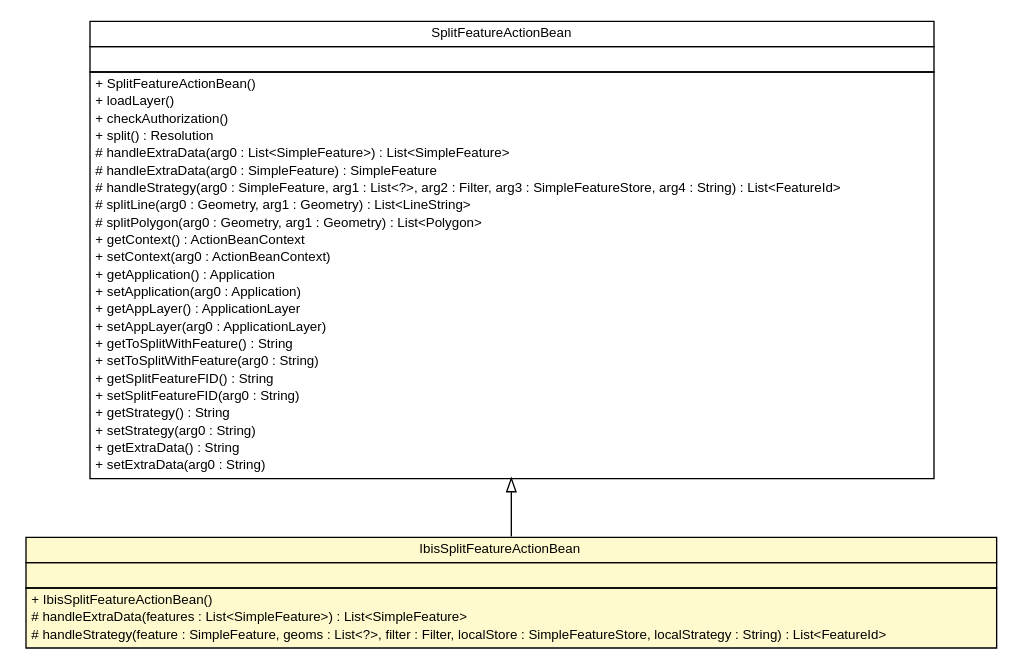
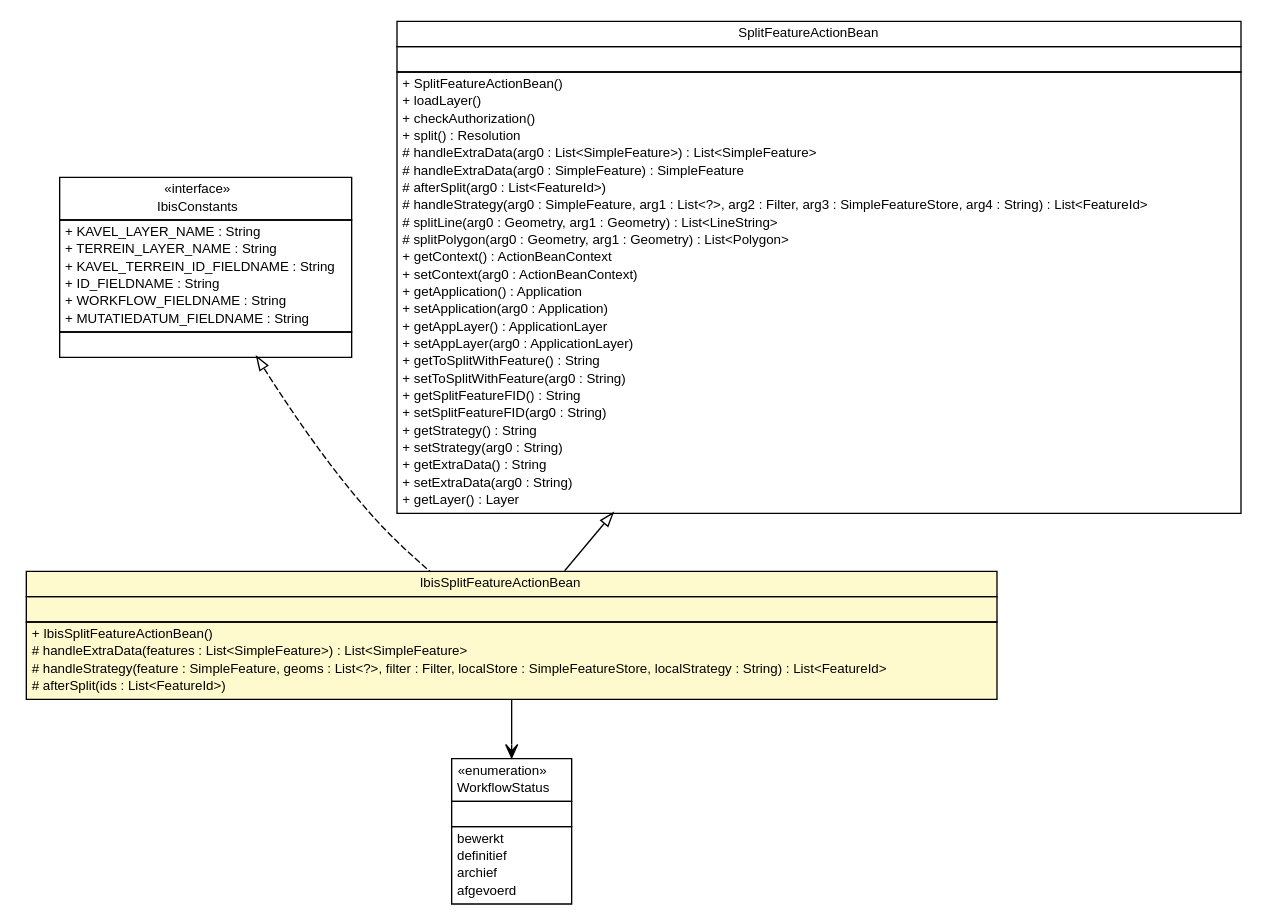
One commit to B3Partners/flamingo-ibis changed the diagram in ibis-viewer/apidocs/nl/b3p/viewer/stripes/IbisSplitFeatureActionBean.dot. Above: the diagram before and after it, drawn with Graphviz. The commit also changed 137 other files, not shown here.

```diff
--- a/ibis-viewer/apidocs/nl/b3p/viewer/stripes/IbisSplitFeatureActionBean.dot
+++ b/ibis-viewer/apidocs/nl/b3p/viewer/stripes/IbisSplitFeatureActionBean.dot
@@ -1,62 +1,103 @@
 #!/usr/local/bin/dot
 #
 # Class diagram 
 # Generated by UMLGraph version R5_6-24-gf6e263 (http://www.umlgraph.org/)
 #
 
 digraph G {
 	edge [fontname="Helvetica",fontsize=10,labelfontname="Helvetica",labelfontsize=10];
 	node [fontname="Helvetica",fontsize=10,shape=plaintext];
 	nodesep=0.25;
 	ranksep=0.5;
+	// nl.b3p.viewer.ibis.util.IbisConstants
+	c233 [label=<<table title="nl.b3p.viewer.ibis.util.IbisConstants" border="0" cellborder="1" cellspacing="0" cellpadding="2" port="p" href="../ibis/util/IbisConstants.html">
+		<tr><td><table border="0" cellspacing="0" cellpadding="1">
+<tr><td align="center" balign="center"> &#171;interface&#187; </td></tr>
+<tr><td align="center" balign="center"> IbisConstants </td></tr>
+		</table></td></tr>
+		<tr><td><table border="0" cellspacing="0" cellpadding="1">
+<tr><td align="left" balign="left"> + KAVEL_LAYER_NAME : String </td></tr>
+<tr><td align="left" balign="left"> + TERREIN_LAYER_NAME : String </td></tr>
+<tr><td align="left" balign="left"> + KAVEL_TERREIN_ID_FIELDNAME : String </td></tr>
+<tr><td align="left" balign="left"> + ID_FIELDNAME : String </td></tr>
+<tr><td align="left" balign="left"> + WORKFLOW_FIELDNAME : String </td></tr>
+<tr><td align="left" balign="left"> + MUTATIEDATUM_FIELDNAME : String </td></tr>
+		</table></td></tr>
+		<tr><td><table border="0" cellspacing="0" cellpadding="1">
+<tr><td align="left" balign="left">  </td></tr>
+		</table></td></tr>
+		</table>>, URL="../ibis/util/IbisConstants.html", fontname="Helvetica", fontcolor="black", fontsize=10.0];
+	// nl.b3p.viewer.ibis.util.WorkflowStatus
+	c234 [label=<<table title="nl.b3p.viewer.ibis.util.WorkflowStatus" border="0" cellborder="1" cellspacing="0" cellpadding="2" port="p" href="../ibis/util/WorkflowStatus.html">
+		<tr><td><table border="0" cellspacing="0" cellpadding="1">
+<tr><td align="center" balign="center"> &#171;enumeration&#187; </td></tr>
+<tr><td align="center" balign="center"> WorkflowStatus </td></tr>
+		</table></td></tr>
+		<tr><td><table border="0" cellspacing="0" cellpadding="1">
+<tr><td align="left" balign="left">  </td></tr>
+		</table></td></tr>
+		<tr><td><table border="0" cellspacing="0" cellpadding="1">
+<tr><td align="left" balign="left"> bewerkt </td></tr>
+<tr><td align="left" balign="left"> definitief </td></tr>
+<tr><td align="left" balign="left"> archief </td></tr>
+<tr><td align="left" balign="left"> afgevoerd </td></tr>
+		</table></td></tr>
+		</table>>, URL="../ibis/util/WorkflowStatus.html", fontname="Helvetica", fontcolor="black", fontsize=10.0];
 	// nl.b3p.viewer.stripes.IbisSplitFeatureActionBean
-	c139 [label=<<table title="nl.b3p.viewer.stripes.IbisSplitFeatureActionBean" border="0" cellborder="1" cellspacing="0" cellpadding="2" port="p" bgcolor="lemonChiffon" href="./IbisSplitFeatureActionBean.html">
+	c243 [label=<<table title="nl.b3p.viewer.stripes.IbisSplitFeatureActionBean" border="0" cellborder="1" cellspacing="0" cellpadding="2" port="p" bgcolor="lemonChiffon" href="./IbisSplitFeatureActionBean.html">
 		<tr><td><table border="0" cellspacing="0" cellpadding="1">
 <tr><td align="center" balign="center"> IbisSplitFeatureActionBean </td></tr>
 		</table></td></tr>
 		<tr><td><table border="0" cellspacing="0" cellpadding="1">
 <tr><td align="left" balign="left">  </td></tr>
 		</table></td></tr>
 		<tr><td><table border="0" cellspacing="0" cellpadding="1">
 <tr><td align="left" balign="left"> + IbisSplitFeatureActionBean() </td></tr>
 <tr><td align="left" balign="left"> # handleExtraData(features : List&lt;SimpleFeature&gt;) : List&lt;SimpleFeature&gt; </td></tr>
 <tr><td align="left" balign="left"> # handleStrategy(feature : SimpleFeature, geoms : List&lt;?&gt;, filter : Filter, localStore : SimpleFeatureStore, localStrategy : String) : List&lt;FeatureId&gt; </td></tr>
+<tr><td align="left" balign="left"> # afterSplit(ids : List&lt;FeatureId&gt;) </td></tr>
 		</table></td></tr>
 		</table>>, URL="./IbisSplitFeatureActionBean.html", fontname="Helvetica", fontcolor="black", fontsize=10.0];
 	//nl.b3p.viewer.stripes.IbisSplitFeatureActionBean extends nl.b3p.viewer.stripes.SplitFeatureActionBean
-	c140:p -> c139:p [dir=back,arrowtail=empty];
+	c245:p -> c243:p [dir=back,arrowtail=empty];
+	//nl.b3p.viewer.stripes.IbisSplitFeatureActionBean implements nl.b3p.viewer.ibis.util.IbisConstants
+	c233:p -> c243:p [dir=back,arrowtail=empty,style=dashed];
+	// nl.b3p.viewer.stripes.IbisSplitFeatureActionBean NAVASSOC nl.b3p.viewer.ibis.util.WorkflowStatus
+	c243:p -> c234:p [taillabel="", label="", headlabel="", fontname="Helvetica", fontcolor="black", fontsize=10.0, color="black", arrowhead=open];
 	// nl.b3p.viewer.stripes.SplitFeatureActionBean
-	c140 [label=<<table title="nl.b3p.viewer.stripes.SplitFeatureActionBean" border="0" cellborder="1" cellspacing="0" cellpadding="2" port="p">
+	c245 [label=<<table title="nl.b3p.viewer.stripes.SplitFeatureActionBean" border="0" cellborder="1" cellspacing="0" cellpadding="2" port="p">
 		<tr><td><table border="0" cellspacing="0" cellpadding="1">
 <tr><td align="center" balign="center"> SplitFeatureActionBean </td></tr>
 		</table></td></tr>
 		<tr><td><table border="0" cellspacing="0" cellpadding="1">
 <tr><td align="left" balign="left">  </td></tr>
 		</table></td></tr>
 		<tr><td><table border="0" cellspacing="0" cellpadding="1">
 <tr><td align="left" balign="left"> + SplitFeatureActionBean() </td></tr>
 <tr><td align="left" balign="left"> + loadLayer() </td></tr>
 <tr><td align="left" balign="left"> + checkAuthorization() </td></tr>
 <tr><td align="left" balign="left"> + split() : Resolution </td></tr>
 <tr><td align="left" balign="left"> # handleExtraData(arg0 : List&lt;SimpleFeature&gt;) : List&lt;SimpleFeature&gt; </td></tr>
 <tr><td align="left" balign="left"> # handleExtraData(arg0 : SimpleFeature) : SimpleFeature </td></tr>
+<tr><td align="left" balign="left"> # afterSplit(arg0 : List&lt;FeatureId&gt;) </td></tr>
 <tr><td align="left" balign="left"> # handleStrategy(arg0 : SimpleFeature, arg1 : List&lt;?&gt;, arg2 : Filter, arg3 : SimpleFeatureStore, arg4 : String) : List&lt;FeatureId&gt; </td></tr>
 <tr><td align="left" balign="left"> # splitLine(arg0 : Geometry, arg1 : Geometry) : List&lt;LineString&gt; </td></tr>
 <tr><td align="left" balign="left"> # splitPolygon(arg0 : Geometry, arg1 : Geometry) : List&lt;Polygon&gt; </td></tr>
 <tr><td align="left" balign="left"> + getContext() : ActionBeanContext </td></tr>
 <tr><td align="left" balign="left"> + setContext(arg0 : ActionBeanContext) </td></tr>
 <tr><td align="left" balign="left"> + getApplication() : Application </td></tr>
 <tr><td align="left" balign="left"> + setApplication(arg0 : Application) </td></tr>
 <tr><td align="left" balign="left"> + getAppLayer() : ApplicationLayer </td></tr>
 <tr><td align="left" balign="left"> + setAppLayer(arg0 : ApplicationLayer) </td></tr>
 <tr><td align="left" balign="left"> + getToSplitWithFeature() : String </td></tr>
 <tr><td align="left" balign="left"> + setToSplitWithFeature(arg0 : String) </td></tr>
 <tr><td align="left" balign="left"> + getSplitFeatureFID() : String </td></tr>
 <tr><td align="left" balign="left"> + setSplitFeatureFID(arg0 : String) </td></tr>
 <tr><td align="left" balign="left"> + getStrategy() : String </td></tr>
 <tr><td align="left" balign="left"> + setStrategy(arg0 : String) </td></tr>
 <tr><td align="left" balign="left"> + getExtraData() : String </td></tr>
 <tr><td align="left" balign="left"> + setExtraData(arg0 : String) </td></tr>
+<tr><td align="left" balign="left"> + getLayer() : Layer </td></tr>
 		</table></td></tr>
 		</table>>, URL="null", fontname="Helvetica", fontcolor="black", fontsize=10.0];
 }
```
